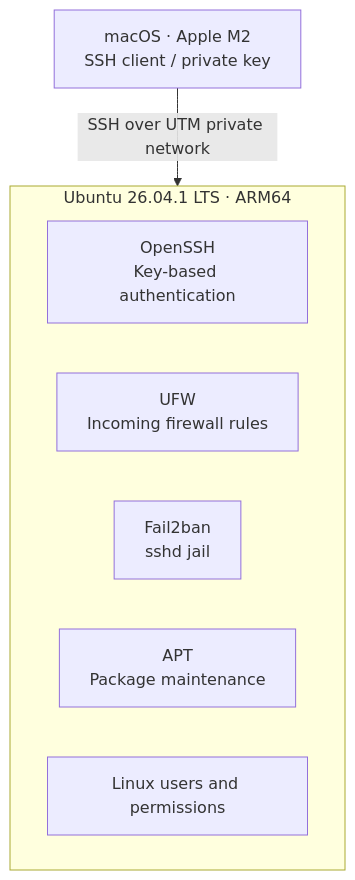
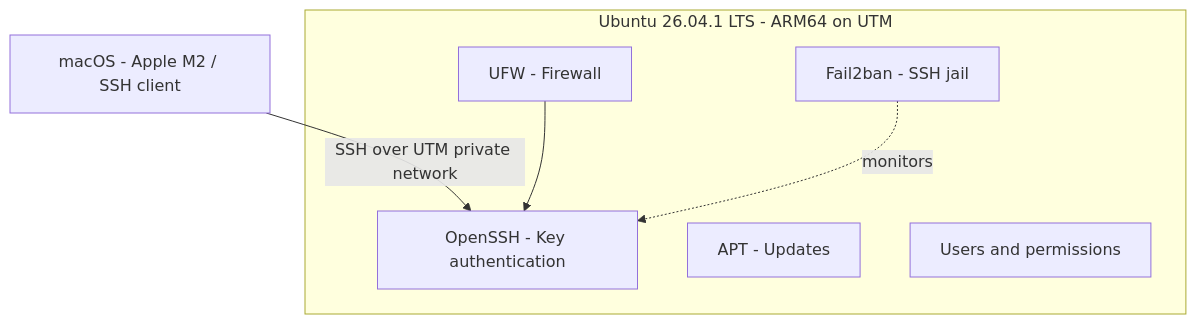
Before and after one commit to nikve7676/Linux-server-hardening: the diagram in README.md, drawn with Mermaid.

Commit message:
Fix Mermaid lab architecture flowchart

````diff
--- a/README.md
+++ b/README.md
@@ -11,11 +11,13 @@
 ```mermaid
 flowchart TD
-    A["macOS · Apple M2\nSSH client / private key"] -->|"SSH over UTM private network"| B["Ubuntu 26.04.1 LTS · ARM64"]
-    subgraph B["Ubuntu 26.04.1 LTS · ARM64"]
-      C["OpenSSH\nKey-based authentication"]
-      D["UFW\nIncoming firewall rules"]
-      E["Fail2ban\nsshd jail"]
-      F["APT\nPackage maintenance"]
-      G["Linux users and permissions"]
+    A["macOS - Apple M2 / SSH client"] -->|"SSH over UTM private network"| C
+    subgraph VM["Ubuntu 26.04.1 LTS - ARM64 on UTM"]
+      C["OpenSSH - Key authentication"]
+      D["UFW - Firewall"]
+      E["Fail2ban - SSH jail"]
+      F["APT - Updates"]
+      G["Users and permissions"]
     end
+    D --> C
+    E -. monitors .-> C
 ```
````
